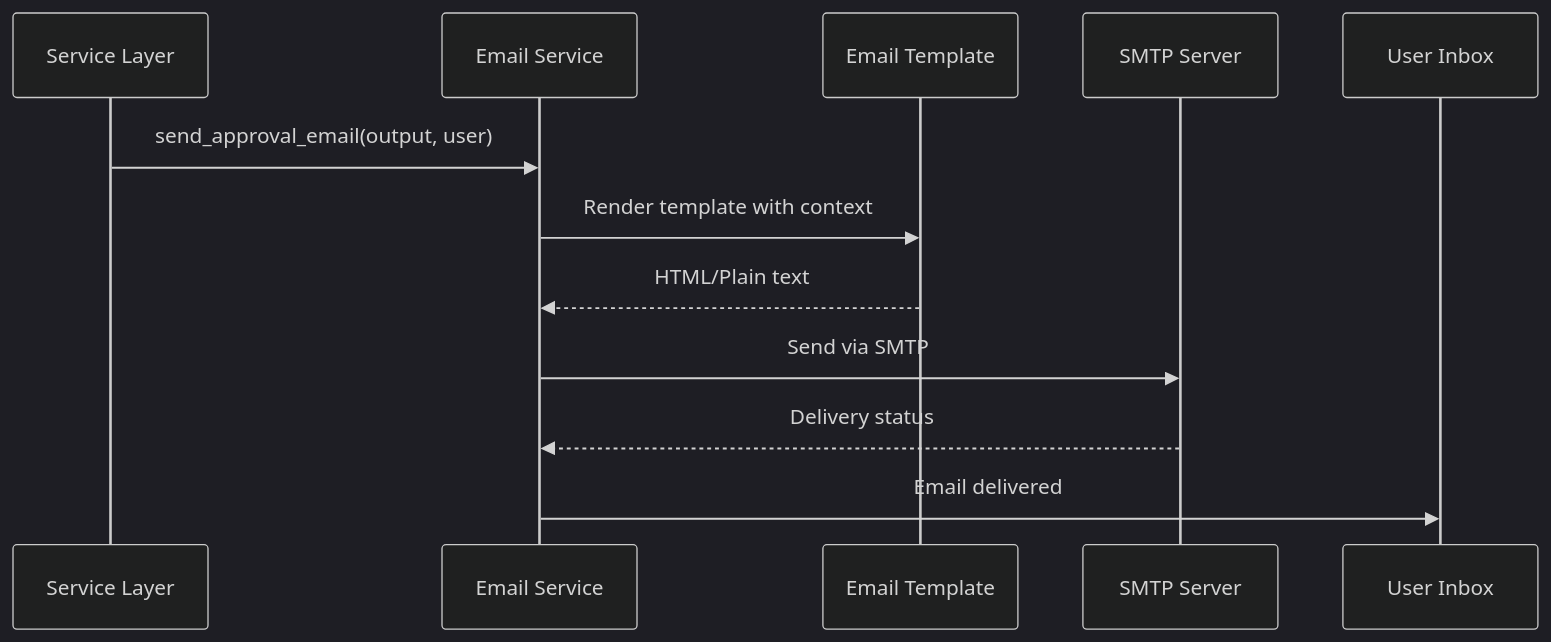
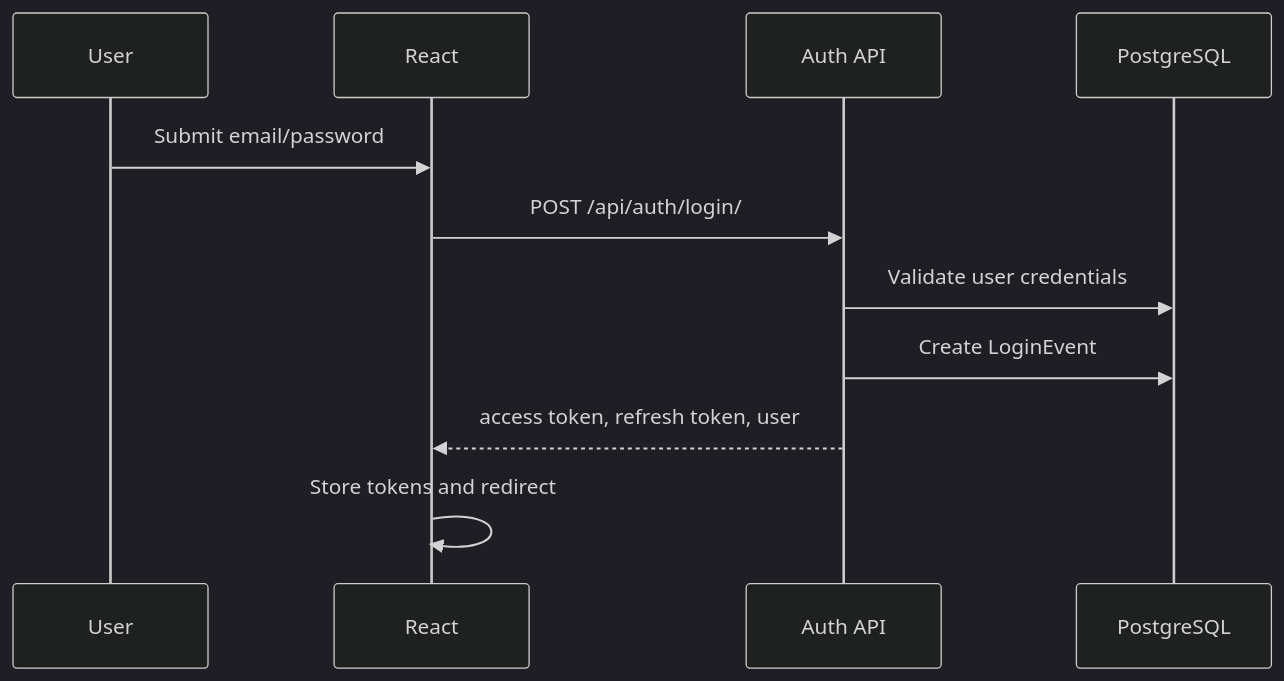
One commit to vinxe94/SaliksikLab changed the second of 4 diagrams in MULTI_LAYER_ARCHITECTURE.md. Above: the diagram before and after it, drawn with Mermaid (dark theme). The commit also changed other lines of this file and 59 other files, not shown here.

````diff
--- a/MULTI_LAYER_ARCHITECTURE.md
+++ b/MULTI_LAYER_ARCHITECTURE.md
@@ -1218,15 +223,14 @@
 ```mermaid
 sequenceDiagram
-    participant S as Service Layer
-    participant E as Email Service
-    participant T as Email Template
-    participant SMTP as SMTP Server
-    participant U as User Inbox
-    
-    S->>E: send_approval_email(output, user)
-    E->>T: Render template with context
-    T-->>E: HTML/Plain text
-    E->>SMTP: Send via SMTP
-    SMTP-->>E: Delivery status
-    E->>U: Email delivered
+    participant U as User
+    participant F as React
+    participant A as Auth API
+    participant DB as PostgreSQL
+
+    U->>F: Submit email/password
+    F->>A: POST /api/auth/login/
+    A->>DB: Validate user credentials
+    A->>DB: Create LoginEvent
+    A-->>F: access token, refresh token, user
+    F->>F: Store tokens and redirect
 ```
````
